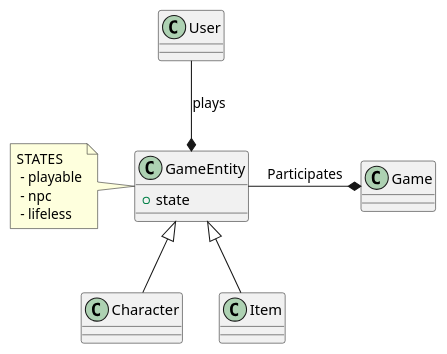
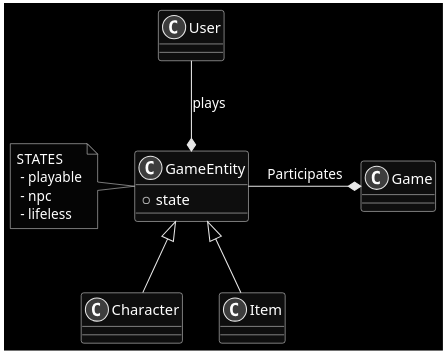
One commit to JeroenGelderland/DungeonsAndDragons changed the diagram in docs/Entities.puml. Above: the diagram before and after it, drawn with PlantUML. The commit also changed 1 other file, not shown here.

```diff
--- a/docs/Entities.puml
+++ b/docs/Entities.puml
@@ -1,20 +1,20 @@
 @startuml
-
+skinparam monochrome reverse
 class "GameEntity"{
     + state
 }
 note left: STATES\n - playable\n - npc\n - lifeless
 
 class "Character"
 class "Item"
 class "User"
 class "Game"
 
 
 User --* GameEntity : plays
 GameEntity -* Game : Participates
 
 GameEntity <|-- Character
 GameEntity <|-- Item
 
 @enduml
```
